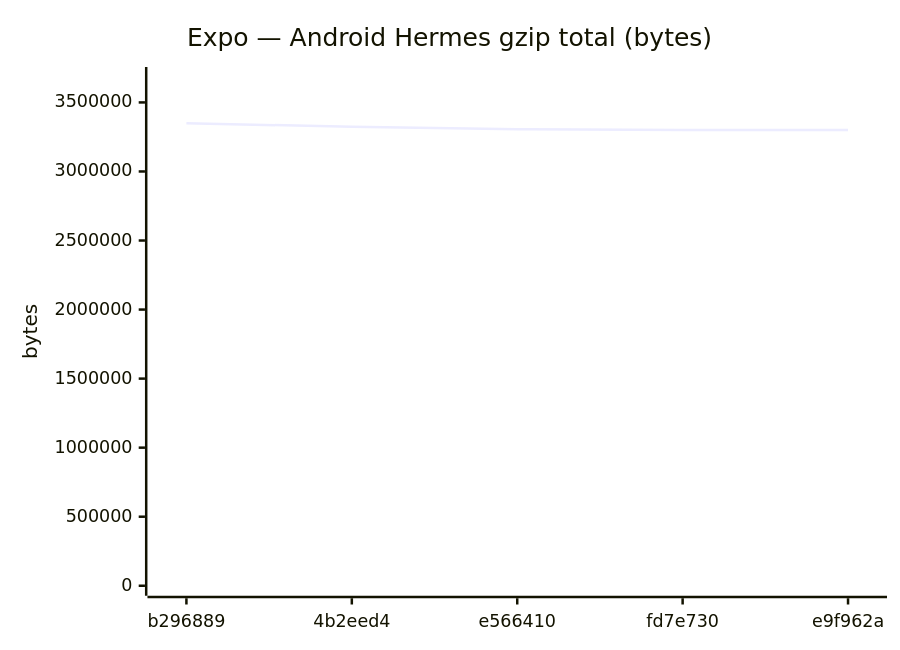
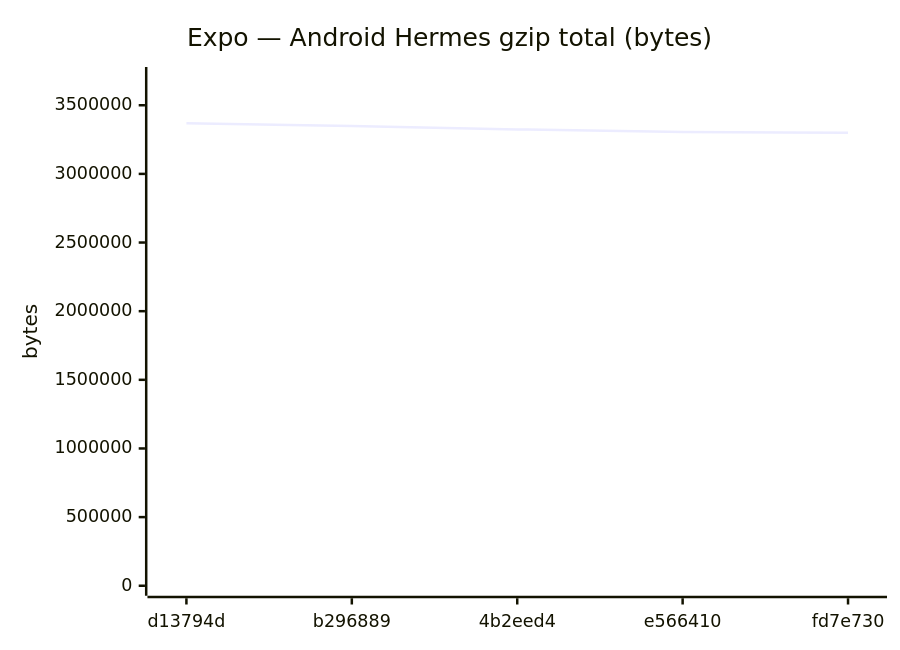
Before and after one commit to Metaheurist/Rianell: diagram 11 of 18 in benchmarks/compare.md, drawn with Mermaid. The commit also changed other lines of this file and 11 other files, not shown here.

````diff
--- a/benchmarks/compare.md
+++ b/benchmarks/compare.md
@@ -172,7 +172,7 @@
 ```mermaid
 xychart-beta
     title "Expo — Android Hermes gzip total (bytes)"
-    x-axis ["b296889", "4b2eed4", "e566410", "fd7e730", "e9f962a"]
-    y-axis "bytes" 0 --> 3684129
-    line [3349208, 3324082, 3305549, 3300038, 3300034]
+    x-axis ["d13794d", "b296889", "4b2eed4", "e566410", "fd7e730"]
+    y-axis "bytes" 0 --> 3705748
+    line [3368861, 3349208, 3324082, 3305549, 3300038]
 ```
````
